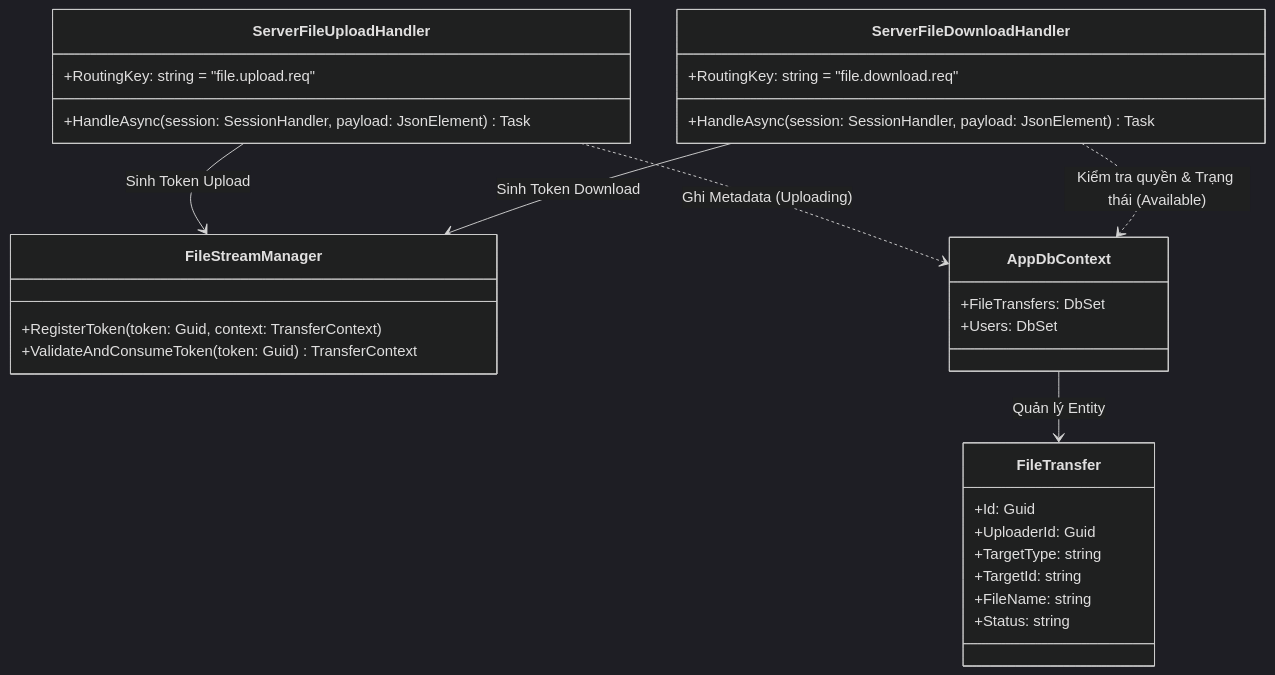
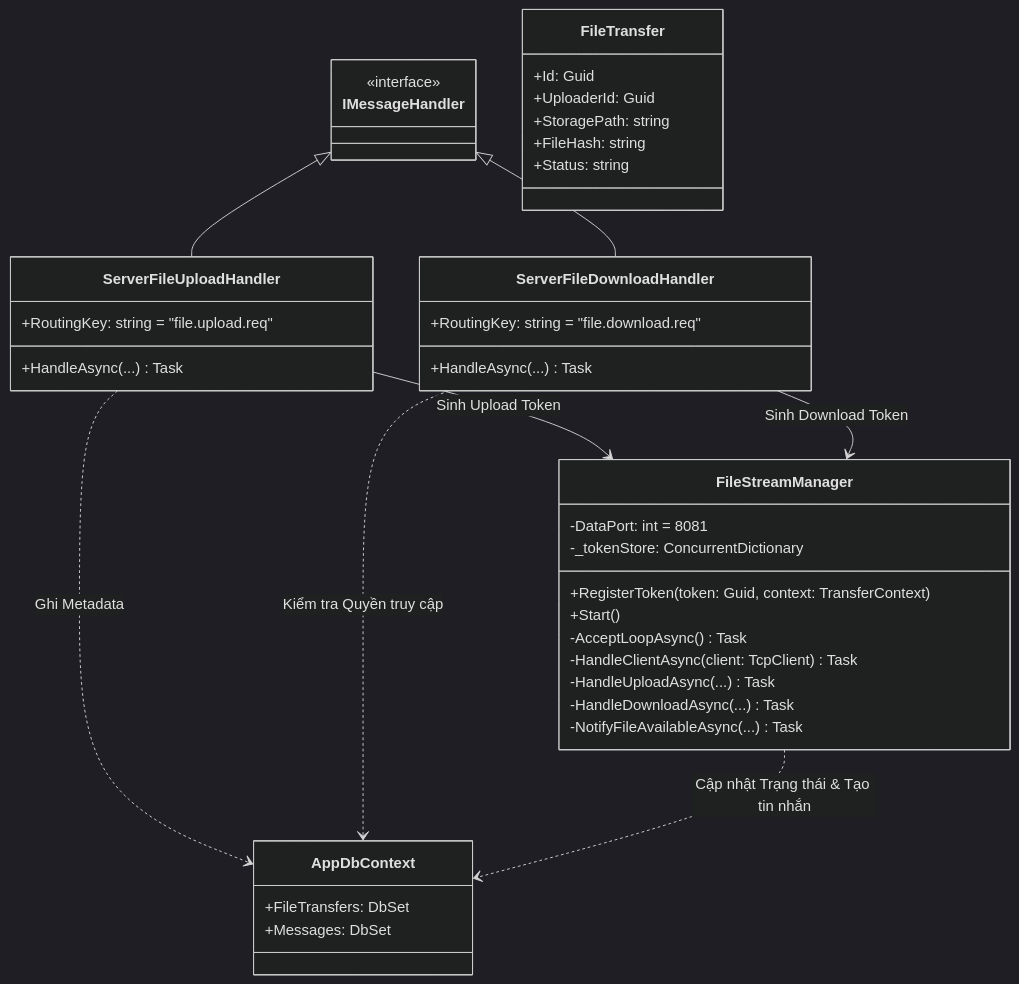
Before and after one commit to dduongdev/lan-chat: the first of 2 diagrams in docs/implemented/use-cases/uc-06.md, drawn with Mermaid (dark theme). The commit also changed other lines of this file, not shown here.

````diff
--- a/docs/implemented/use-cases/uc-06.md
+++ b/docs/implemented/use-cases/uc-06.md
@@ -11,39 +15,52 @@
 ```mermaid
 classDiagram
+    class IMessageHandler {
+        <<interface>>
+    }
+
     class ServerFileUploadHandler {
         +RoutingKey: string = "file.upload.req"
-        +HandleAsync(session: SessionHandler, payload: JsonElement) Task
+        +HandleAsync(...) Task
     }
 
     class ServerFileDownloadHandler {
         +RoutingKey: string = "file.download.req"
-        +HandleAsync(session: SessionHandler, payload: JsonElement) Task
+        +HandleAsync(...) Task
     }
 
     class FileStreamManager {
+        -DataPort: int = 8081
+        -_tokenStore: ConcurrentDictionary<Guid, TransferContext>
         +RegisterToken(token: Guid, context: TransferContext)
-        +ValidateAndConsumeToken(token: Guid) TransferContext
+        +Start()
+        -AcceptLoopAsync() Task
+        -HandleClientAsync(client: TcpClient) Task
+        -HandleUploadAsync(...) Task
+        -HandleDownloadAsync(...) Task
+        -NotifyFileAvailableAsync(...) Task
     }
 
     class AppDbContext {
         +FileTransfers: DbSet<FileTransfer>
-        +Users: DbSet<User>
+        +Messages: DbSet<Message>
     }
 
     class FileTransfer {
         +Id: Guid
         +UploaderId: Guid
-        +TargetType: string
-        +TargetId: string
-        +FileName: string
+        +StoragePath: string
+        +FileHash: string
         +Status: string
     }
 
-    ServerFileUploadHandler ..> AppDbContext : Ghi Metadata (Uploading)
-    ServerFileUploadHandler --> FileStreamManager : Sinh Token Upload
+    IMessageHandler <|-- ServerFileUploadHandler
+    IMessageHandler <|-- ServerFileDownloadHandler
     
-    ServerFileDownloadHandler ..> AppDbContext : Kiểm tra quyền & Trạng thái (Available)
-    ServerFileDownloadHandler --> FileStreamManager : Sinh Token Download
+    ServerFileUploadHandler ..> AppDbContext : Ghi Metadata
+    ServerFileUploadHandler --> FileStreamManager : Sinh Upload Token
     
-    AppDbContext --> FileTransfer : Quản lý Entity
+    ServerFileDownloadHandler ..> AppDbContext : Kiểm tra Quyền truy cập
+    ServerFileDownloadHandler --> FileStreamManager : Sinh Download Token
+    
+    FileStreamManager ..> AppDbContext : Cập nhật Trạng thái & Tạo tin nhắn
 ```
````
